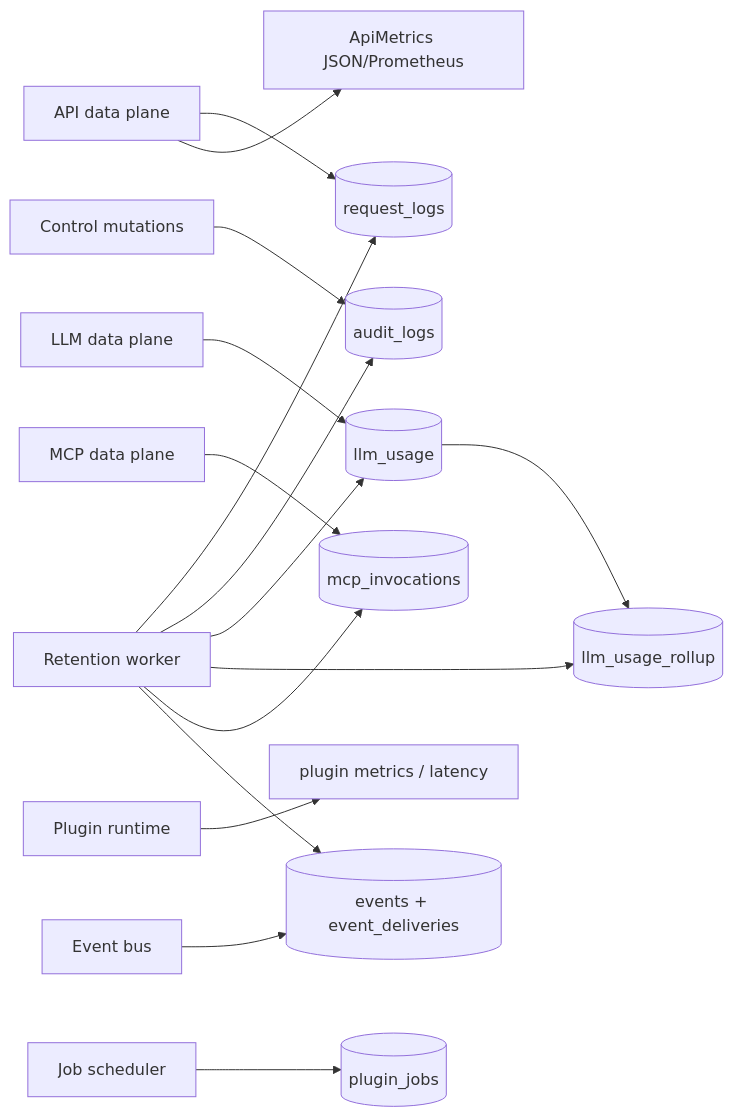
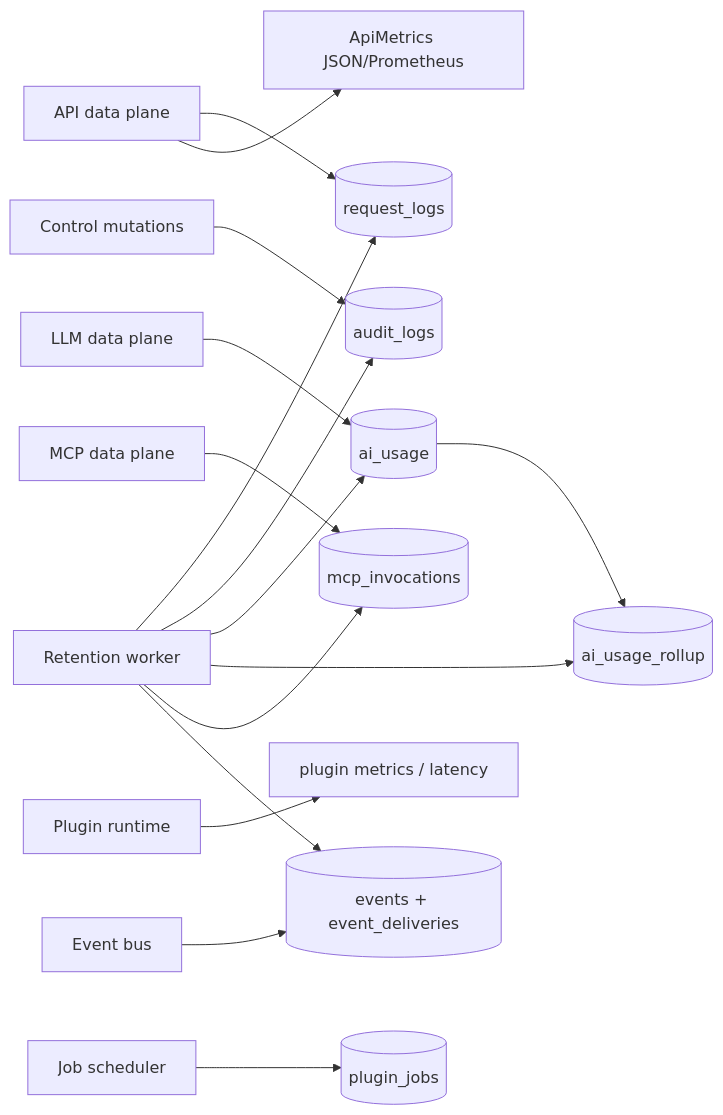
One commit to luozhouyang/octra changed the diagram in .livingdocs/architecture/observability.md. Above: the diagram before and after it, drawn with Mermaid. The commit also changed other lines of this file and 20 other files, not shown here.

````diff
--- a/.livingdocs/architecture/observability.md
+++ b/.livingdocs/architecture/observability.md
@@ -13,18 +13,18 @@
 ```mermaid
 flowchart LR
     APIData[API data plane] --> ReqLogs[(request_logs)]
     APIData --> Metrics[ApiMetrics JSON/Prometheus]
     Control[Control mutations] --> Audit[(audit_logs)]
-    LLMData[LLM data plane] --> Usage[(llm_usage)]
-    Usage --> Rollup[(llm_usage_rollup)]
+    LLMData[LLM data plane] --> Usage[(ai_usage)]
+    Usage --> Rollup[(ai_usage_rollup)]
     MCPData[MCP data plane] --> Invocations[(mcp_invocations)]
     Plugins[Plugin runtime] --> PluginMetrics[plugin metrics / latency]
     Events[Event bus] --> EventRows[(events + event_deliveries)]
     Jobs[Job scheduler] --> JobRows[(plugin_jobs)]
     Retention[Retention worker] --> ReqLogs
     Retention --> Audit
     Retention --> Usage
     Retention --> Rollup
     Retention --> Invocations
     Retention --> EventRows
 ```
````
